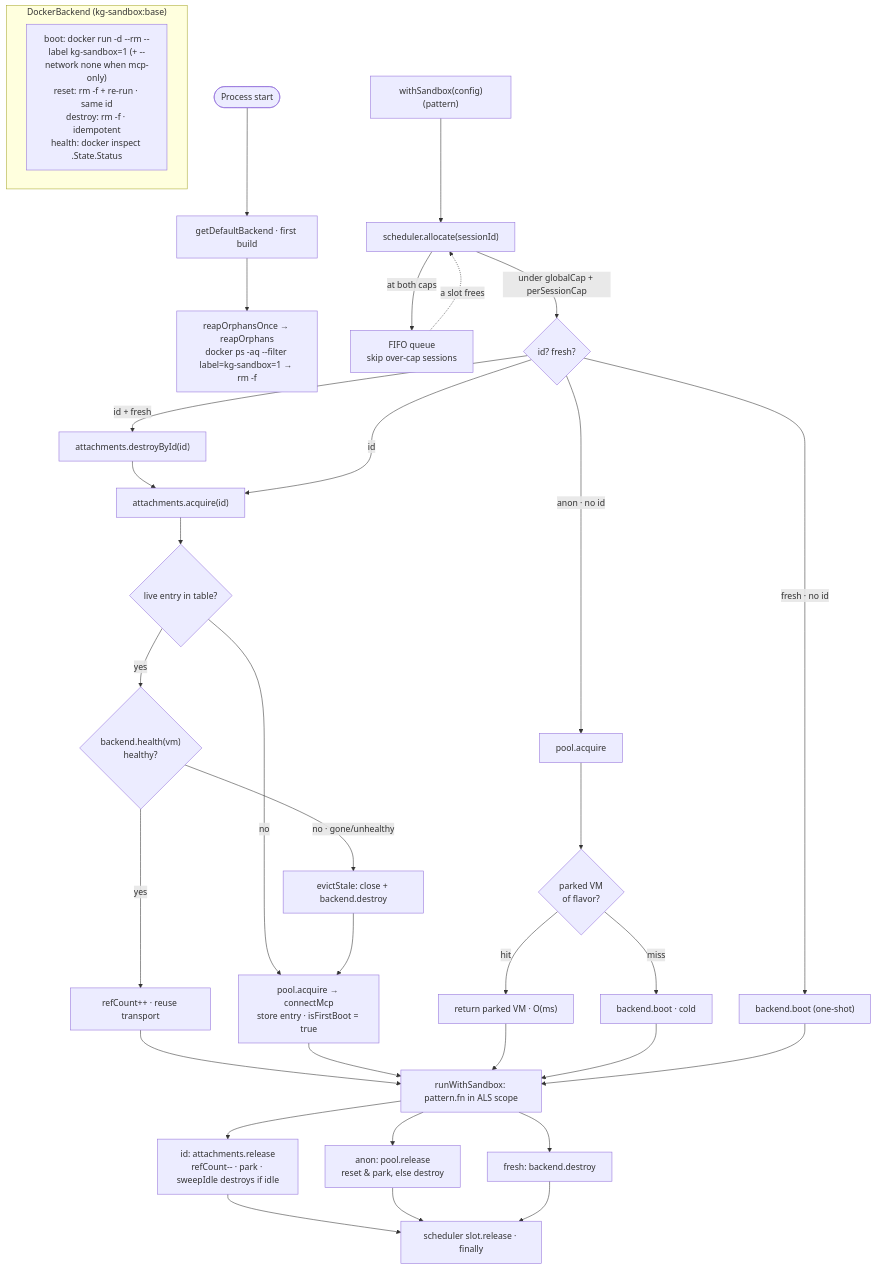
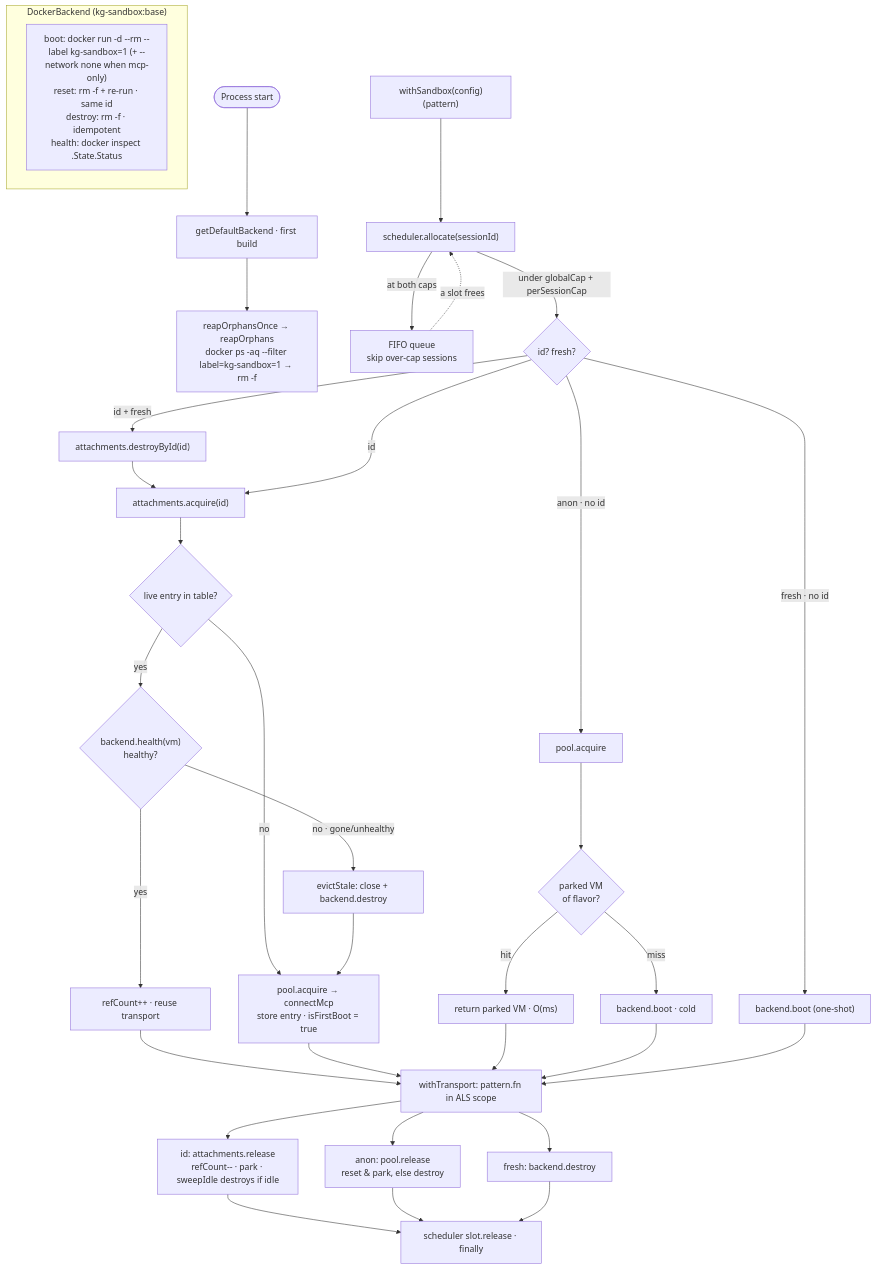
One commit to mknw/hames-playground changed the second of 4 diagrams in docs/data-flow.md. Above: the diagram before and after it, drawn with Mermaid. The commit also changed other lines of this file and 25 other files, not shown here.

````diff
--- a/docs/data-flow.md
+++ b/docs/data-flow.md
@@ -116,44 +116,44 @@
 ```mermaid
 flowchart TD
     START(["Process start"]) --> BUILD["getDefaultBackend · first build"]
     BUILD --> REAP["reapOrphansOnce → reapOrphans<br/>docker ps -aq --filter label=kg-sandbox=1 → rm -f"]
 
     CALL["withSandbox(config)(pattern)"] --> ALLOC["scheduler.allocate(sessionId)"]
     ALLOC -->|"at both caps"| QUEUE["FIFO queue<br/>skip over-cap sessions"]
     QUEUE -.->|"a slot frees"| ALLOC
     ALLOC -->|"under globalCap + perSessionCap"| BRANCH{"id? fresh?"}
 
     BRANCH -->|"anon · no id"| POOLA["pool.acquire"]
     BRANCH -->|"fresh · no id"| BOOTF["backend.boot (one-shot)"]
     BRANCH -->|"id + fresh"| DESTROYID["attachments.destroyById(id)"]
     DESTROYID --> ACQ
     BRANCH -->|"id"| ACQ["attachments.acquire(id)"]
 
     ACQ --> HIT{"live entry in table?"}
     HIT -->|"no"| COLD["pool.acquire → connectMcp<br/>store entry · isFirstBoot = true"]
     HIT -->|"yes"| HEALTH{"backend.health(vm)<br/>healthy?"}
     HEALTH -->|"yes"| REUSE["refCount++ · reuse transport"]
     HEALTH -->|"no · gone/unhealthy"| EVICT["evictStale: close + backend.destroy"]
     EVICT --> COLD
 
     POOLA --> PHIT{"parked VM<br/>of flavor?"}
     PHIT -->|"hit"| PARKED["return parked VM · O(ms)"]
     PHIT -->|"miss"| CBOOT["backend.boot · cold"]
 
-    REUSE --> RUN["runWithSandbox: pattern.fn in ALS scope"]
+    REUSE --> RUN["withTransport: pattern.fn in ALS scope"]
     COLD --> RUN
     PARKED --> RUN
     CBOOT --> RUN
     BOOTF --> RUN
 
     RUN --> RELID["id: attachments.release<br/>refCount-- · park · sweepIdle destroys if idle"]
     RUN --> RELPOOL["anon: pool.release<br/>reset & park, else destroy"]
     RUN --> RELFRESH["fresh: backend.destroy"]
     RELID --> SLOT["scheduler slot.release · finally"]
     RELPOOL --> SLOT
     RELFRESH --> SLOT
 
     subgraph backend["DockerBackend (kg-sandbox:base)"]
         BK["boot: docker run -d --rm --label kg-sandbox=1 (+ --network none when mcp-only)<br/>reset: rm -f + re-run · same id<br/>destroy: rm -f · idempotent<br/>health: docker inspect .State.Status"]
     end
 ```
````
